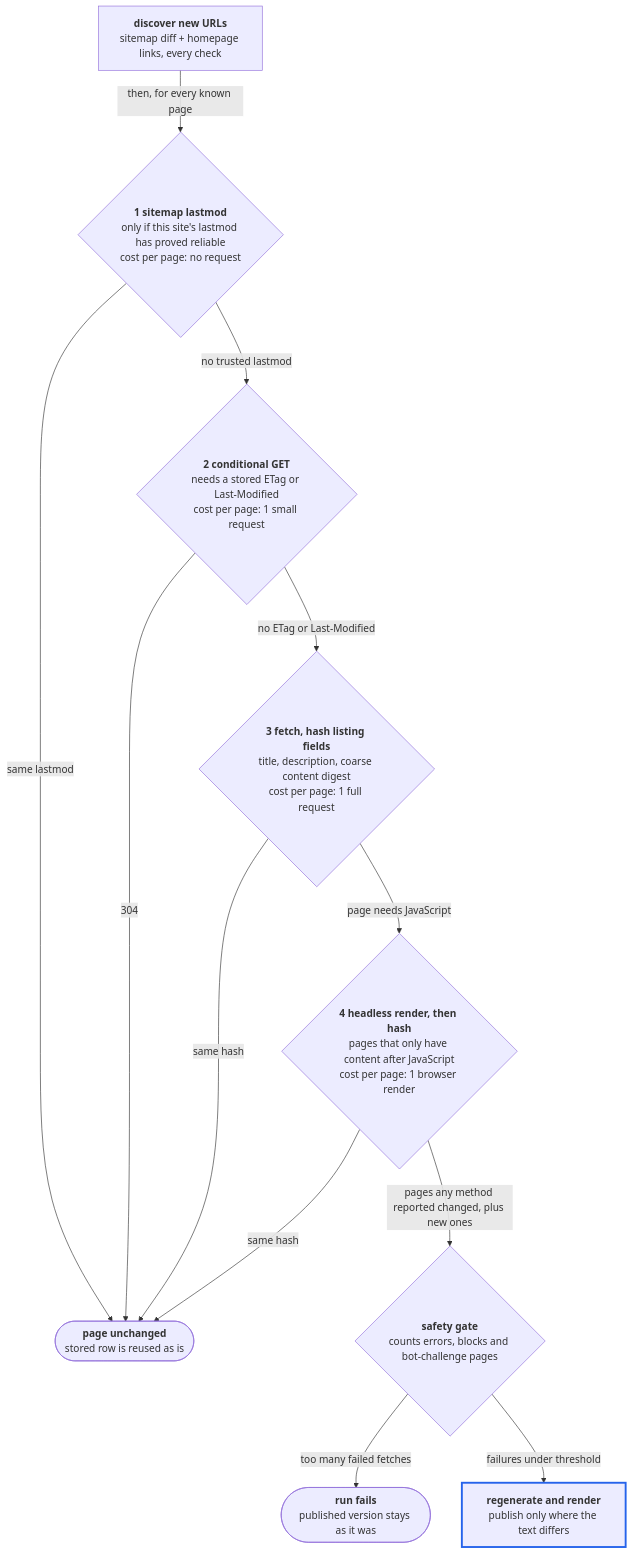
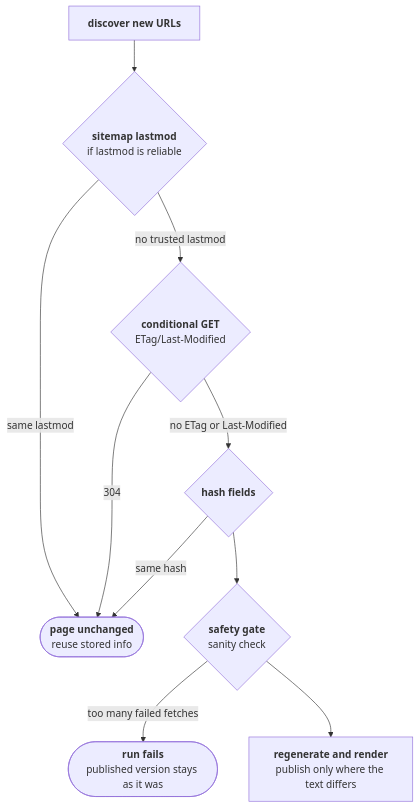
The seventh of 8 diagrams in docs/design/README.md (nevertooserious/llms-txt-ben-lucato), drawn with Mermaid before and after one commit. The commit also changed other lines of this file, not shown here.

First line of the commit message:
Simplify the design diagrams

````diff
--- a/docs/design/README.md
+++ b/docs/design/README.md
@@ -209,26 +182,21 @@
 ```mermaid
 flowchart TD
-  discover["<b>discover new URLs</b><br/>sitemap diff + homepage links, every check"]
-  lastmod{"<b>1 sitemap lastmod</b><br/>only if this site's lastmod has proved reliable<br/>cost per page: no request"}
-  conditional{"<b>2 conditional GET</b><br/>needs a stored ETag or Last-Modified<br/>cost per page: 1 small request"}
-  hash{"<b>3 fetch, hash listing fields</b><br/>title, description, coarse content digest<br/>cost per page: 1 full request"}
-  headless{"<b>4 headless render, then hash</b><br/>pages that only have content after JavaScript<br/>cost per page: 1 browser render"}
-  same(["<b>page unchanged</b><br/>stored row is reused as is"])
-  gate{"<b>safety gate</b><br/>counts errors, blocks and bot-challenge pages"}
+  discover["<b>discover new URLs</b>"]
+  lastmod{"<b>sitemap lastmod</b><br/>if lastmod is reliable"}
+  conditional{"<b>conditional GET</b><br/>ETag/Last-Modified"}
+  hash{"<b>hash fields</b>"}
+  same(["<b>page unchanged</b><br/>reuse stored info"])
+  gate{"<b>safety gate</b><br/>sanity check"}
   fails(["<b>run fails</b><br/>published version stays as it was"])
   publish["<b>regenerate and render</b><br/>publish only where the text differs"]
 
-  discover -- "then, for every known page" --> lastmod
+  discover --> lastmod
   lastmod -- "same lastmod" --> same
   lastmod -- "no trusted lastmod" --> conditional
   conditional -- "304" --> same
   conditional -- "no ETag or Last-Modified" --> hash
   hash -- "same hash" --> same
-  hash -- "page needs JavaScript" --> headless
-  headless -- "same hash" --> same
-  headless -- "pages any method reported changed, plus new ones" --> gate
+  hash --> gate
   gate -- "too many failed fetches" --> fails
-  gate -- "failures under threshold" --> publish
-
-  style publish stroke:#2563eb,stroke-width:3px
+  gate --> publish
 ```
````
